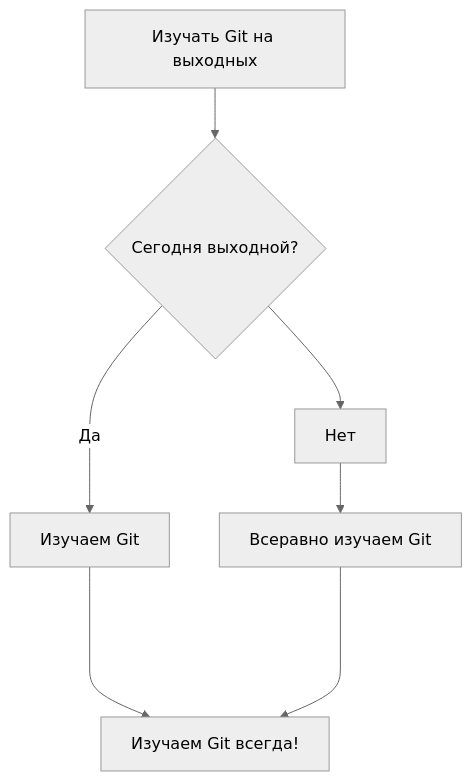
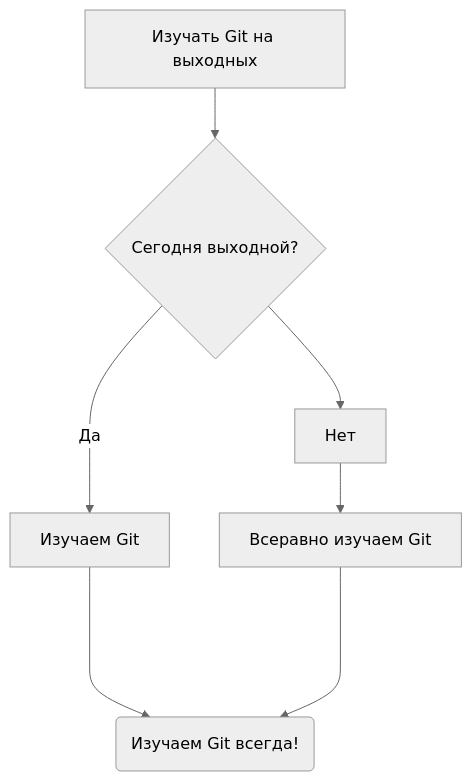
Before and after one commit to Contrabolt/TEST_GIT_FOR_CHAINIKS: the second of 2 diagrams in README.md, drawn with Mermaid (neutral theme).

````diff
--- a/README.md
+++ b/README.md
@@ -220,8 +220,8 @@
 ```mermaid
 flowchart TD;
 A[Изучать Git на выходных] --> B{Сегодня выходной?};
 B -- Да --> C[Изучаем Git];
 B--> Нет --> D[Всеравно изучаем Git];
 C---->E[Изучаем Git всегда!];
-D---->E[Изучаем Git всегда!];
+D---->E(Изучаем Git всегда!);
 ```
````
